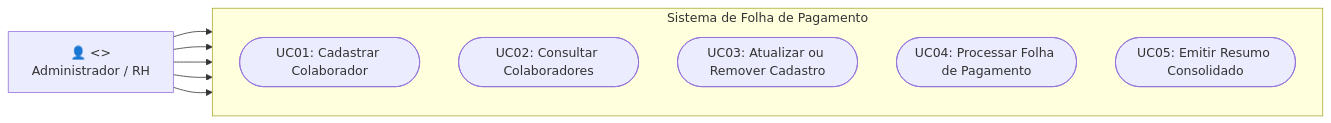
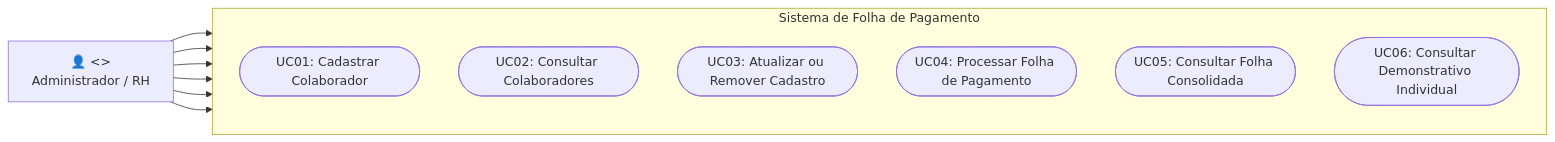
Before and after one commit to aruwer/FolhaPagamento: the first of 5 diagrams in docs/Arquitetura.md, drawn with Mermaid. The commit also changed other lines of this file and 31 other files, not shown here.

````diff
--- a/docs/Arquitetura.md
+++ b/docs/Arquitetura.md
@@ -15,21 +14,23 @@
 ```mermaid
 flowchart LR
     %% Ator com estereótipo explícito de UML
     Admin["👤 <<Actor>><br/>Administrador / RH"]
 
     %% Fronteira do Sistema
     subgraph Sistema["Sistema de Folha de Pagamento"]
         direction TB
         UC01(["UC01: Cadastrar Colaborador"])
         UC02(["UC02: Consultar Colaboradores"])
         UC03(["UC03: Atualizar ou Remover Cadastro"])
         UC04(["UC04: Processar Folha de Pagamento"])
-        UC05(["UC05: Emitir Resumo Consolidado"])
+        UC05(["UC05: Consultar Folha Consolidada"])
+        UC06(["UC06: Consultar Demonstrativo Individual"])
     end
 
     Admin --> UC01
     Admin --> UC02
     Admin --> UC03
     Admin --> UC04
     Admin --> UC05
+    Admin --> UC06
 ```
````
